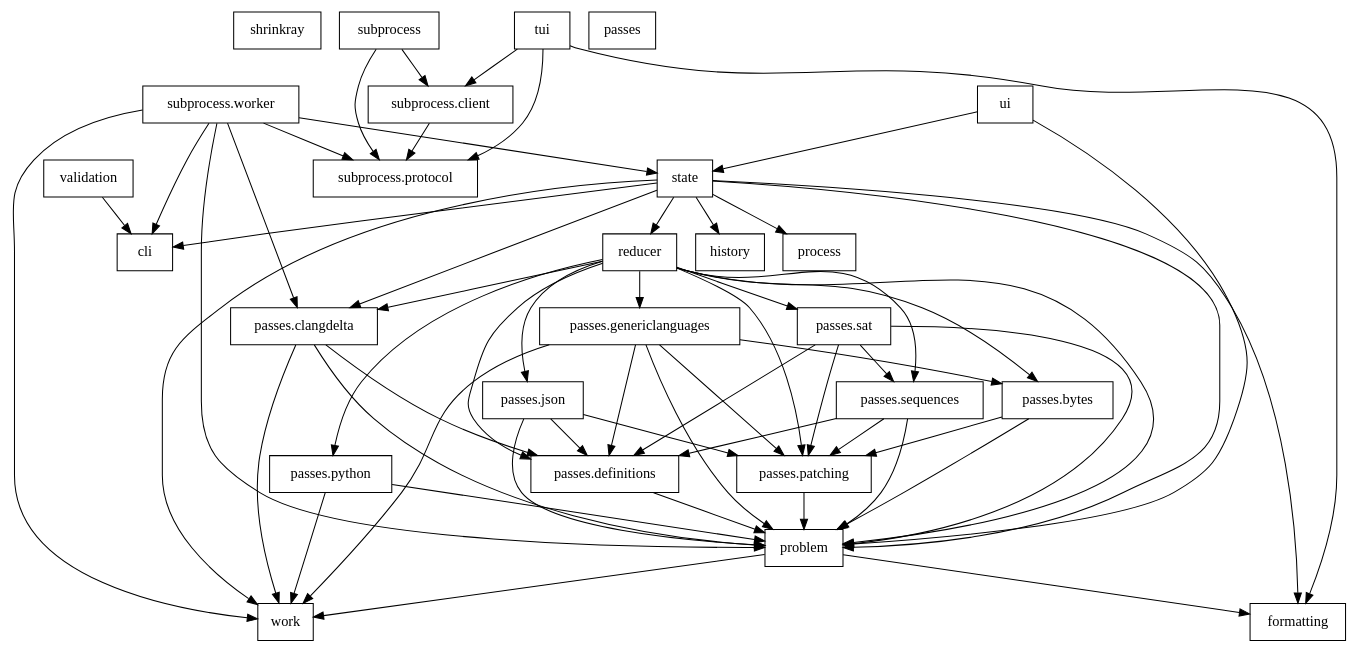
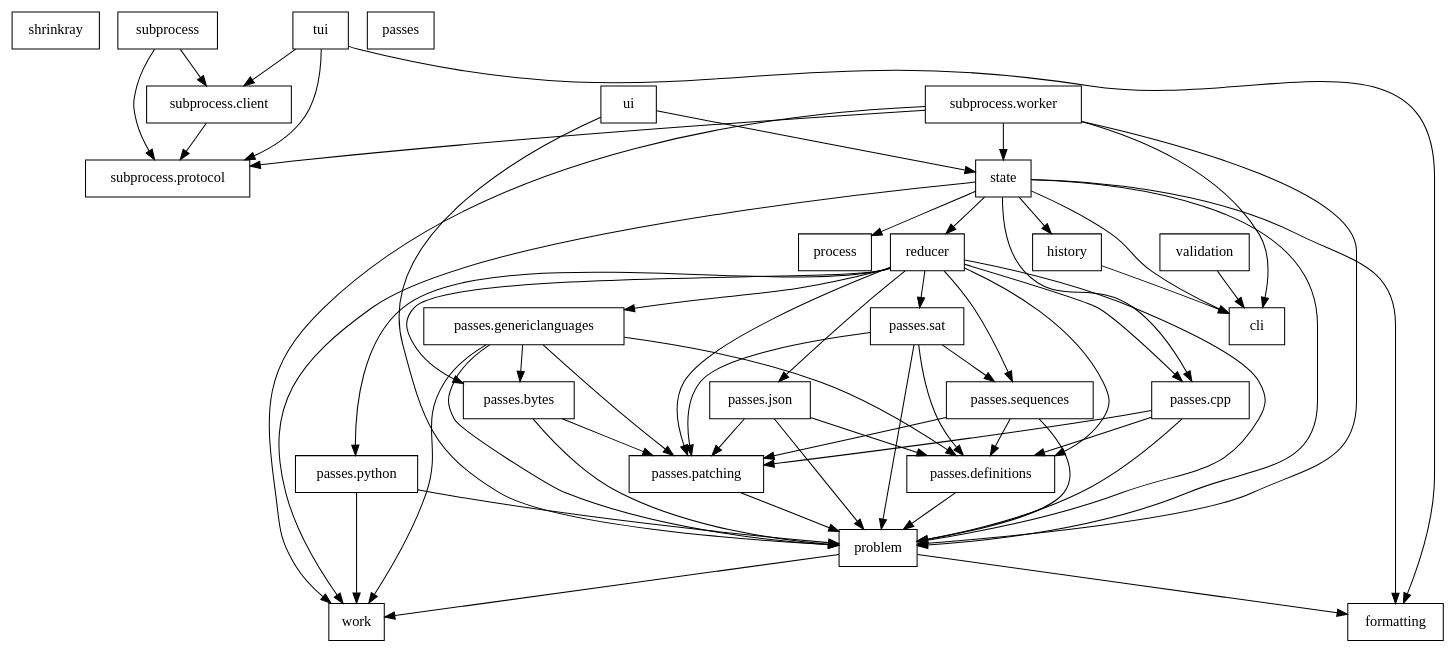
One commit to DRMacIver/shrinkray changed the diagram in notes/import-graph.dot. Above: the diagram before and after it, drawn with Graphviz. The commit also changed 22 other files, not shown here.

```diff
--- a/notes/import-graph.dot
+++ b/notes/import-graph.dot
@@ -1,91 +1,91 @@
 digraph imports {
     rankdir=TB;
     node [shape=box];
 
     "shrinkray";
     "cli";
     "formatting";
     "history";
     "passes";
     "passes.bytes";
-    "passes.clangdelta";
+    "passes.cpp";
     "passes.definitions";
     "passes.genericlanguages";
     "passes.json";
     "passes.patching";
     "passes.python";
     "passes.sat";
     "passes.sequences";
     "problem";
     "process";
     "reducer";
     "state";
     "subprocess";
     "subprocess.client";
     "subprocess.protocol";
     "subprocess.worker";
     "tui";
     "ui";
     "validation";
     "work";
 
+    "history" -> "cli";
     "passes.bytes" -> "passes.patching";
     "passes.bytes" -> "problem";
-    "passes.clangdelta" -> "passes.definitions";
-    "passes.clangdelta" -> "problem";
-    "passes.clangdelta" -> "work";
+    "passes.cpp" -> "passes.definitions";
+    "passes.cpp" -> "passes.patching";
+    "passes.cpp" -> "problem";
     "passes.definitions" -> "problem";
     "passes.genericlanguages" -> "passes.bytes";
     "passes.genericlanguages" -> "passes.definitions";
     "passes.genericlanguages" -> "passes.patching";
     "passes.genericlanguages" -> "problem";
     "passes.genericlanguages" -> "work";
     "passes.json" -> "passes.definitions";
     "passes.json" -> "passes.patching";
     "passes.json" -> "problem";
     "passes.patching" -> "problem";
     "passes.python" -> "problem";
     "passes.python" -> "work";
     "passes.sat" -> "passes.definitions";
     "passes.sat" -> "passes.patching";
     "passes.sat" -> "passes.sequences";
     "passes.sat" -> "problem";
     "passes.sequences" -> "passes.definitions";
     "passes.sequences" -> "passes.patching";
     "passes.sequences" -> "problem";
     "problem" -> "formatting";
     "problem" -> "work";
     "reducer" -> "passes.bytes";
-    "reducer" -> "passes.clangdelta";
+    "reducer" -> "passes.cpp";
     "reducer" -> "passes.definitions";
     "reducer" -> "passes.genericlanguages";
     "reducer" -> "passes.json";
     "reducer" -> "passes.patching";
     "reducer" -> "passes.python";
     "reducer" -> "passes.sat";
     "reducer" -> "passes.sequences";
     "reducer" -> "problem";
     "state" -> "cli";
     "state" -> "formatting";
     "state" -> "history";
-    "state" -> "passes.clangdelta";
+    "state" -> "passes.cpp";
     "state" -> "problem";
     "state" -> "process";
     "state" -> "reducer";
     "state" -> "work";
     "subprocess" -> "subprocess.client";
     "subprocess" -> "subprocess.protocol";
     "subprocess.client" -> "subprocess.protocol";
     "subprocess.worker" -> "cli";
-    "subprocess.worker" -> "passes.clangdelta";
     "subprocess.worker" -> "problem";
     "subprocess.worker" -> "state";
     "subprocess.worker" -> "subprocess.protocol";
     "subprocess.worker" -> "work";
     "tui" -> "formatting";
     "tui" -> "subprocess.client";
     "tui" -> "subprocess.protocol";
     "ui" -> "problem";
     "ui" -> "state";
     "validation" -> "cli";
 }
```
